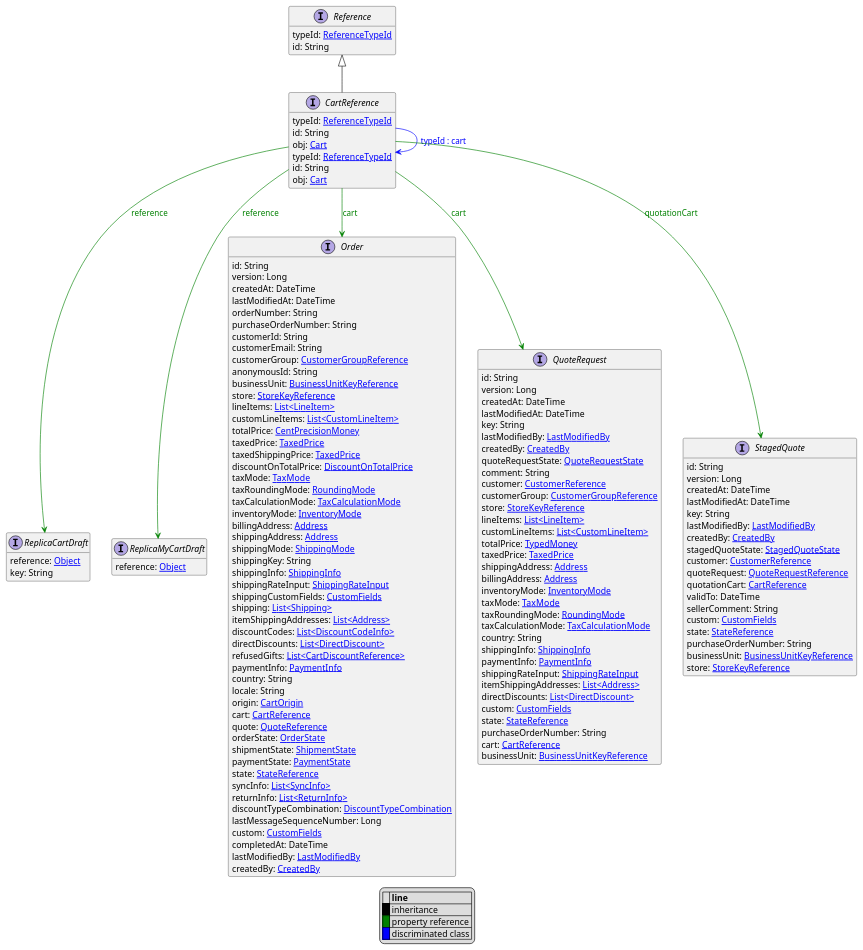
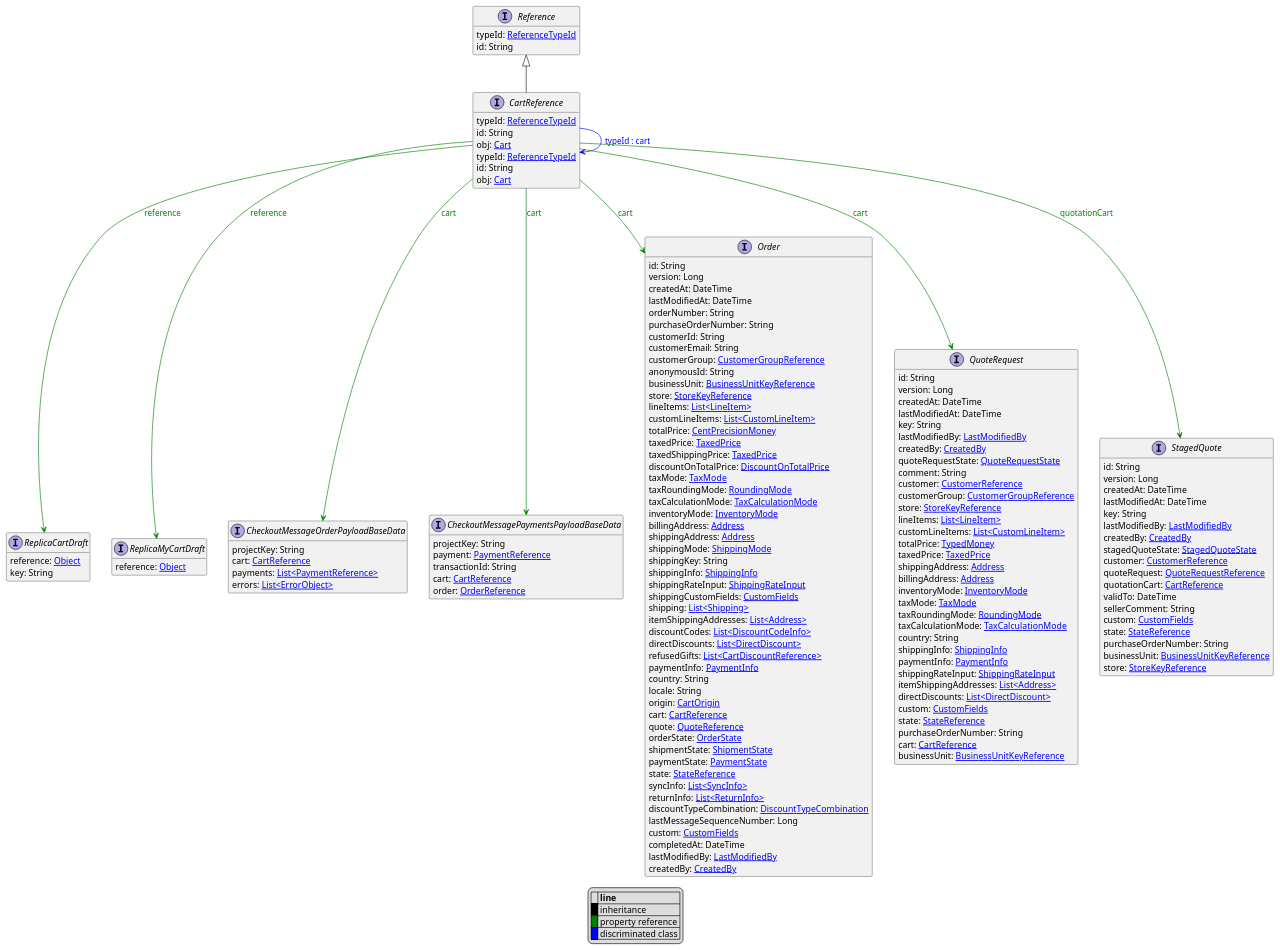
One commit to commercetools/commercetools-api-reference changed the diagram in uml/api/CartReference.puml. Above: the diagram before and after it, drawn with PlantUML. The commit also changed 36 other files, not shown here.

```diff
--- a/uml/api/CartReference.puml
+++ b/uml/api/CartReference.puml
@@ -1,148 +1,163 @@
 @startuml
 
 hide empty fields
 hide empty methods
 legend
 |= |= line |
 |<back:black>   </back>| inheritance |
 |<back:green>   </back>| property reference |
 |<back:blue>   </back>| discriminated class |
 endlegend
 interface CartReference [[CartReference.svg]] extends Reference {
     typeId: [[ReferenceTypeId.svg ReferenceTypeId]]
     id: String
     obj: [[Cart.svg Cart]]
 }
 interface Reference [[Reference.svg]]  {
     typeId: [[ReferenceTypeId.svg ReferenceTypeId]]
     id: String
 }
 
 interface CartReference [[CartReference.svg]]  {
     typeId: [[ReferenceTypeId.svg ReferenceTypeId]]
     id: String
     obj: [[Cart.svg Cart]]
 }
 interface ReplicaCartDraft [[ReplicaCartDraft.svg]]  {
     reference: [[Object.svg Object]]
     key: String
 }
 interface ReplicaMyCartDraft [[ReplicaMyCartDraft.svg]]  {
     reference: [[Object.svg Object]]
+}
+interface CheckoutMessageOrderPayloadBaseData [[CheckoutMessageOrderPayloadBaseData.svg]]  {
+    projectKey: String
+    cart: [[CartReference.svg CartReference]]
+    payments: [[PaymentReference.svg List<PaymentReference>]]
+    errors: [[ErrorObject.svg List<ErrorObject>]]
+}
+interface CheckoutMessagePaymentsPayloadBaseData [[CheckoutMessagePaymentsPayloadBaseData.svg]]  {
+    projectKey: String
+    payment: [[PaymentReference.svg PaymentReference]]
+    transactionId: String
+    cart: [[CartReference.svg CartReference]]
+    order: [[OrderReference.svg OrderReference]]
 }
 interface Order [[Order.svg]]  {
     id: String
     version: Long
     createdAt: DateTime
     lastModifiedAt: DateTime
     orderNumber: String
     purchaseOrderNumber: String
     customerId: String
     customerEmail: String
     customerGroup: [[CustomerGroupReference.svg CustomerGroupReference]]
     anonymousId: String
     businessUnit: [[BusinessUnitKeyReference.svg BusinessUnitKeyReference]]
     store: [[StoreKeyReference.svg StoreKeyReference]]
     lineItems: [[LineItem.svg List<LineItem>]]
     customLineItems: [[CustomLineItem.svg List<CustomLineItem>]]
     totalPrice: [[CentPrecisionMoney.svg CentPrecisionMoney]]
     taxedPrice: [[TaxedPrice.svg TaxedPrice]]
     taxedShippingPrice: [[TaxedPrice.svg TaxedPrice]]
     discountOnTotalPrice: [[DiscountOnTotalPrice.svg DiscountOnTotalPrice]]
     taxMode: [[TaxMode.svg TaxMode]]
     taxRoundingMode: [[RoundingMode.svg RoundingMode]]
     taxCalculationMode: [[TaxCalculationMode.svg TaxCalculationMode]]
     inventoryMode: [[InventoryMode.svg InventoryMode]]
     billingAddress: [[Address.svg Address]]
     shippingAddress: [[Address.svg Address]]
     shippingMode: [[ShippingMode.svg ShippingMode]]
     shippingKey: String
     shippingInfo: [[ShippingInfo.svg ShippingInfo]]
     shippingRateInput: [[ShippingRateInput.svg ShippingRateInput]]
     shippingCustomFields: [[CustomFields.svg CustomFields]]
     shipping: [[Shipping.svg List<Shipping>]]
     itemShippingAddresses: [[Address.svg List<Address>]]
     discountCodes: [[DiscountCodeInfo.svg List<DiscountCodeInfo>]]
     directDiscounts: [[DirectDiscount.svg List<DirectDiscount>]]
     refusedGifts: [[CartDiscountReference.svg List<CartDiscountReference>]]
     paymentInfo: [[PaymentInfo.svg PaymentInfo]]
     country: String
     locale: String
     origin: [[CartOrigin.svg CartOrigin]]
     cart: [[CartReference.svg CartReference]]
     quote: [[QuoteReference.svg QuoteReference]]
     orderState: [[OrderState.svg OrderState]]
     shipmentState: [[ShipmentState.svg ShipmentState]]
     paymentState: [[PaymentState.svg PaymentState]]
     state: [[StateReference.svg StateReference]]
     syncInfo: [[SyncInfo.svg List<SyncInfo>]]
     returnInfo: [[ReturnInfo.svg List<ReturnInfo>]]
     discountTypeCombination: [[DiscountTypeCombination.svg DiscountTypeCombination]]
     lastMessageSequenceNumber: Long
     custom: [[CustomFields.svg CustomFields]]
     completedAt: DateTime
     lastModifiedBy: [[LastModifiedBy.svg LastModifiedBy]]
     createdBy: [[CreatedBy.svg CreatedBy]]
 }
 interface QuoteRequest [[QuoteRequest.svg]]  {
     id: String
     version: Long
     createdAt: DateTime
     lastModifiedAt: DateTime
     key: String
     lastModifiedBy: [[LastModifiedBy.svg LastModifiedBy]]
     createdBy: [[CreatedBy.svg CreatedBy]]
     quoteRequestState: [[QuoteRequestState.svg QuoteRequestState]]
     comment: String
     customer: [[CustomerReference.svg CustomerReference]]
     customerGroup: [[CustomerGroupReference.svg CustomerGroupReference]]
     store: [[StoreKeyReference.svg StoreKeyReference]]
     lineItems: [[LineItem.svg List<LineItem>]]
     customLineItems: [[CustomLineItem.svg List<CustomLineItem>]]
     totalPrice: [[TypedMoney.svg TypedMoney]]
     taxedPrice: [[TaxedPrice.svg TaxedPrice]]
     shippingAddress: [[Address.svg Address]]
     billingAddress: [[Address.svg Address]]
     inventoryMode: [[InventoryMode.svg InventoryMode]]
     taxMode: [[TaxMode.svg TaxMode]]
     taxRoundingMode: [[RoundingMode.svg RoundingMode]]
     taxCalculationMode: [[TaxCalculationMode.svg TaxCalculationMode]]
     country: String
     shippingInfo: [[ShippingInfo.svg ShippingInfo]]
     paymentInfo: [[PaymentInfo.svg PaymentInfo]]
     shippingRateInput: [[ShippingRateInput.svg ShippingRateInput]]
     itemShippingAddresses: [[Address.svg List<Address>]]
     directDiscounts: [[DirectDiscount.svg List<DirectDiscount>]]
     custom: [[CustomFields.svg CustomFields]]
     state: [[StateReference.svg StateReference]]
     purchaseOrderNumber: String
     cart: [[CartReference.svg CartReference]]
     businessUnit: [[BusinessUnitKeyReference.svg BusinessUnitKeyReference]]
 }
 interface StagedQuote [[StagedQuote.svg]]  {
     id: String
     version: Long
     createdAt: DateTime
     lastModifiedAt: DateTime
     key: String
     lastModifiedBy: [[LastModifiedBy.svg LastModifiedBy]]
     createdBy: [[CreatedBy.svg CreatedBy]]
     stagedQuoteState: [[StagedQuoteState.svg StagedQuoteState]]
     customer: [[CustomerReference.svg CustomerReference]]
     quoteRequest: [[QuoteRequestReference.svg QuoteRequestReference]]
     quotationCart: [[CartReference.svg CartReference]]
     validTo: DateTime
     sellerComment: String
     custom: [[CustomFields.svg CustomFields]]
     state: [[StateReference.svg StateReference]]
     purchaseOrderNumber: String
     businessUnit: [[BusinessUnitKeyReference.svg BusinessUnitKeyReference]]
     store: [[StoreKeyReference.svg StoreKeyReference]]
 }
 CartReference --> CartReference #blue;text:blue : "typeId : cart"
 CartReference --> ReplicaCartDraft #green;text:green : "reference"
 CartReference --> ReplicaMyCartDraft #green;text:green : "reference"
+CartReference --> CheckoutMessageOrderPayloadBaseData #green;text:green : "cart"
+CartReference --> CheckoutMessagePaymentsPayloadBaseData #green;text:green : "cart"
 CartReference --> Order #green;text:green : "cart"
 CartReference --> QuoteRequest #green;text:green : "cart"
 CartReference --> StagedQuote #green;text:green : "quotationCart"
 @enduml
```
